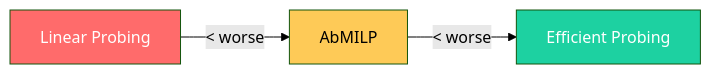
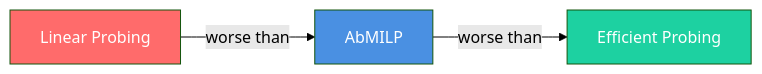
The diagram in docs/evaluation-vfms.md (gmum/SpaRRTa), drawn with Mermaid (forest theme) before and after one commit. The commit also changed other lines of this file and 8 other files, not shown here.

````diff
--- a/docs/evaluation-vfms.md
+++ b/docs/evaluation-vfms.md
@@ -263,9 +275,9 @@
 ```mermaid
 graph LR
-    A[Linear Probing] -->|"< worse"| B[AbMILP]
-    B -->|"< worse"| C[Efficient Probing]
+    A[Linear Probing] -->|"worse than"| B[AbMILP]
+    B -->|"worse than"| C[Efficient Probing]
     
     style A fill:#ff6b6b,color:#fff
-    style B fill:#feca57,color:#000
+    style B fill:#4a90e2,color:#fff
     style C fill:#1dd1a1,color:#fff
 ```
````
